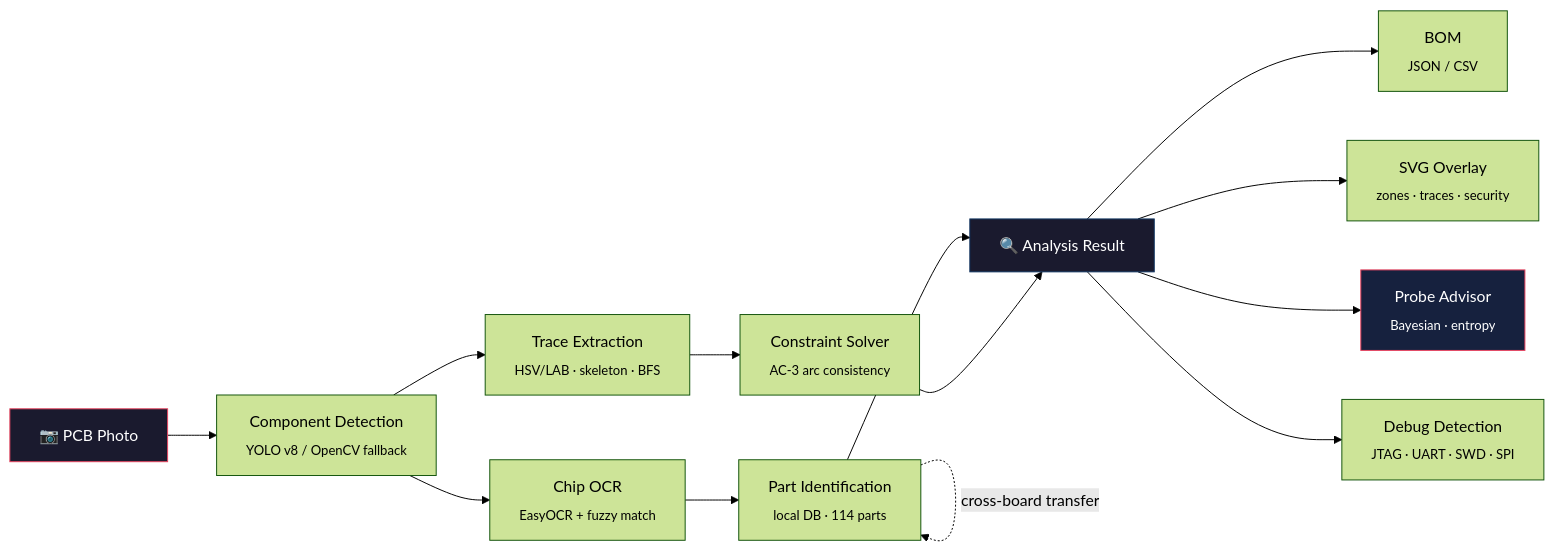
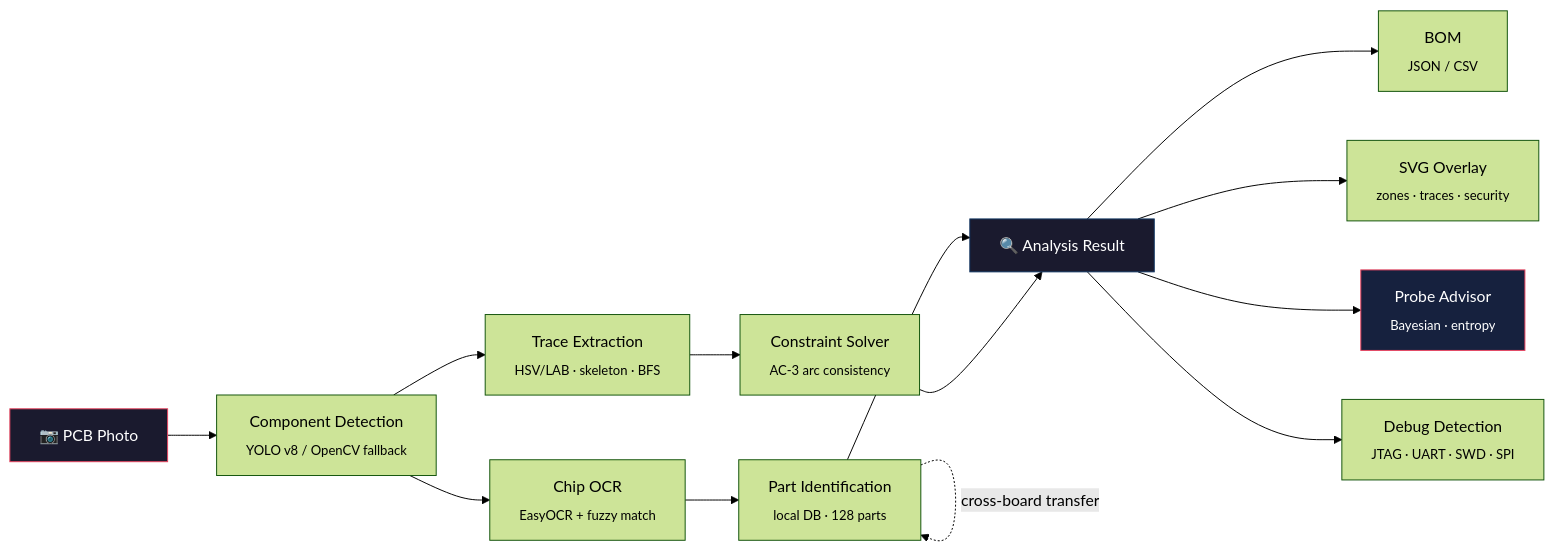
The diagram in README.md (ericrihm/retrace), drawn with Mermaid (forest theme) before and after one commit. The commit also changed other lines of this file and 26 other files, not shown here.

````diff
--- a/README.md
+++ b/README.md
@@ -128,19 +128,19 @@
 ```mermaid
 graph LR
     A["📷 PCB Photo"] --> B["Component Detection\n<sub>YOLO v8 / OpenCV fallback</sub>"]
     B --> C["Chip OCR\n<sub>EasyOCR + fuzzy match</sub>"]
     B --> D["Trace Extraction\n<sub>HSV/LAB · skeleton · BFS</sub>"]
-    C --> E["Part Identification\n<sub>local DB · 114 parts</sub>"]
+    C --> E["Part Identification\n<sub>local DB · 128 parts</sub>"]
     D --> F["Constraint Solver\n<sub>AC-3 arc consistency</sub>"]
     E --> G["🔍 Analysis Result"]
     E -.->|"cross-board transfer"| E
     F --> G
     G --> H["BOM\n<sub>JSON / CSV</sub>"]
     G --> I["SVG Overlay\n<sub>zones · traces · security</sub>"]
     G --> J["Probe Advisor\n<sub>Bayesian · entropy</sub>"]
     G --> K["Debug Detection\n<sub>JTAG · UART · SWD · SPI</sub>"]
 
     style A fill:#1a1a2e,stroke:#e94560,color:#fff
     style G fill:#1a1a2e,stroke:#0f3460,color:#fff
     style J fill:#16213e,stroke:#e94560,color:#fff
 ```
````
